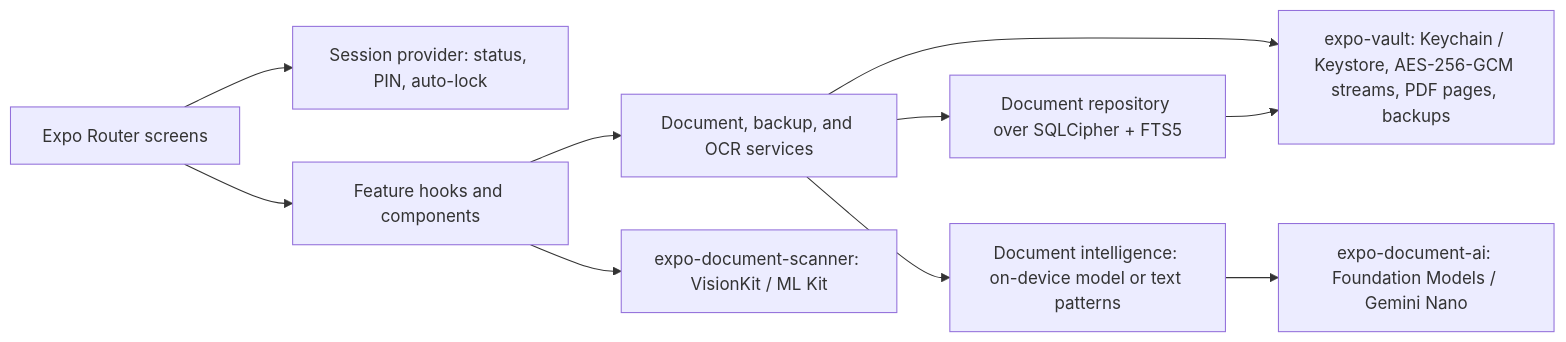
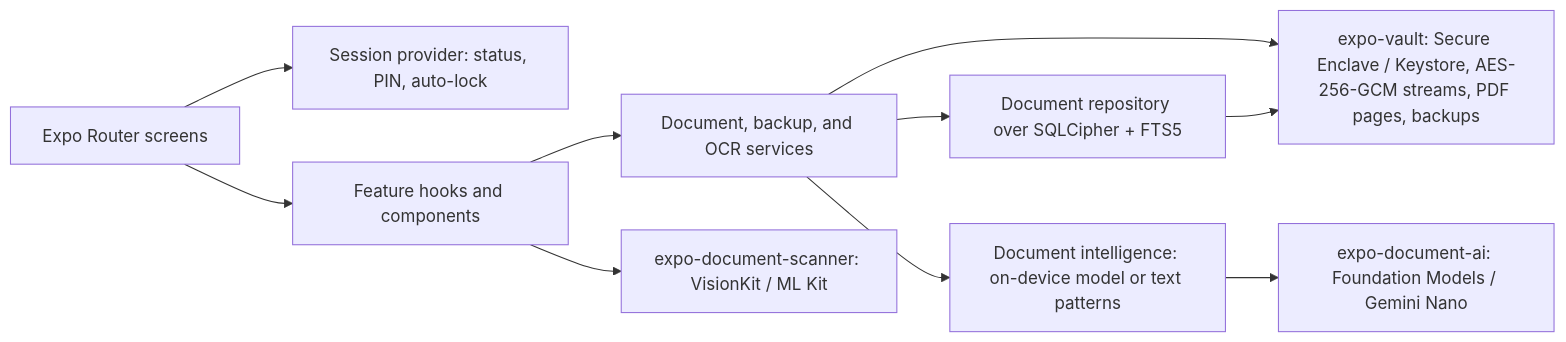
One commit to naderalfakesh/secure-vault changed the diagram in README.md. Above: the diagram before and after it, drawn with Mermaid. The commit also changed other lines of this file and 19 other files, not shown here.

Commit message:
feat: seal the ios vault key with the secure enclave

````diff
--- a/README.md
+++ b/README.md
@@ -89,12 +91,12 @@
 ```mermaid
 flowchart LR
     Routes["Expo Router screens"] --> Session["Session provider: status, PIN, auto-lock"]
     Routes --> Features["Feature hooks and components"]
     Features --> Services["Document, backup, and OCR services"]
     Services --> Repo["Document repository over SQLCipher + FTS5"]
-    Services --> Vault["expo-vault: Keychain / Keystore, AES-256-GCM streams, PDF pages, backups"]
+    Services --> Vault["expo-vault: Secure Enclave / Keystore, AES-256-GCM streams, PDF pages, backups"]
     Services --> Intelligence["Document intelligence: on-device model or text patterns"]
     Intelligence --> DocumentAi["expo-document-ai: Foundation Models / Gemini Nano"]
     Features --> Scanner["expo-document-scanner: VisionKit / ML Kit"]
     Repo --> Vault
 ```
````
